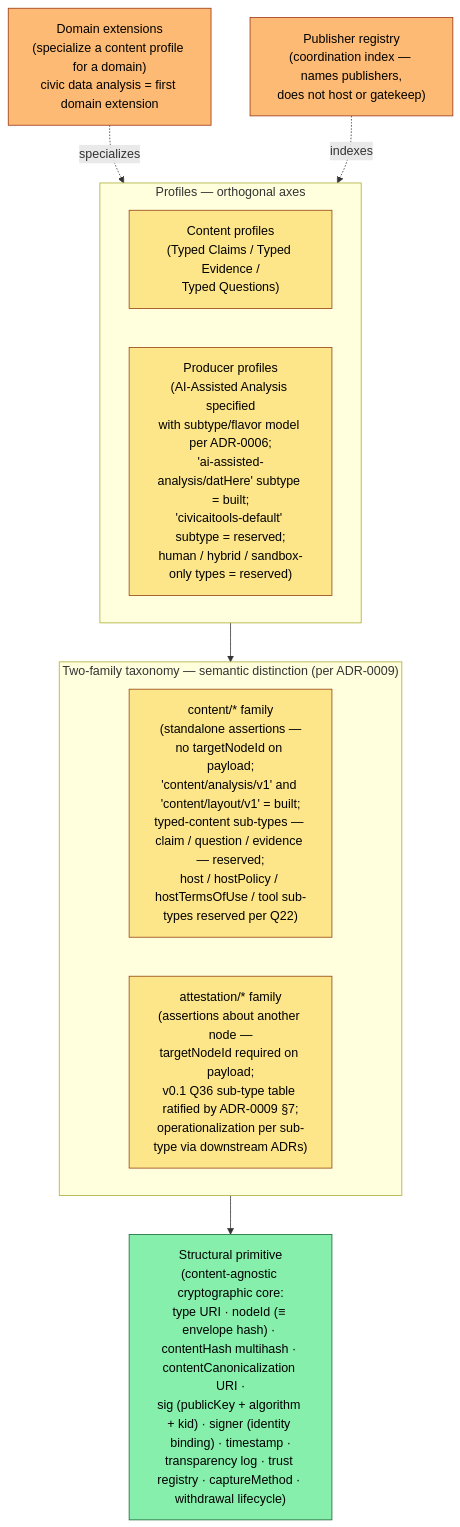
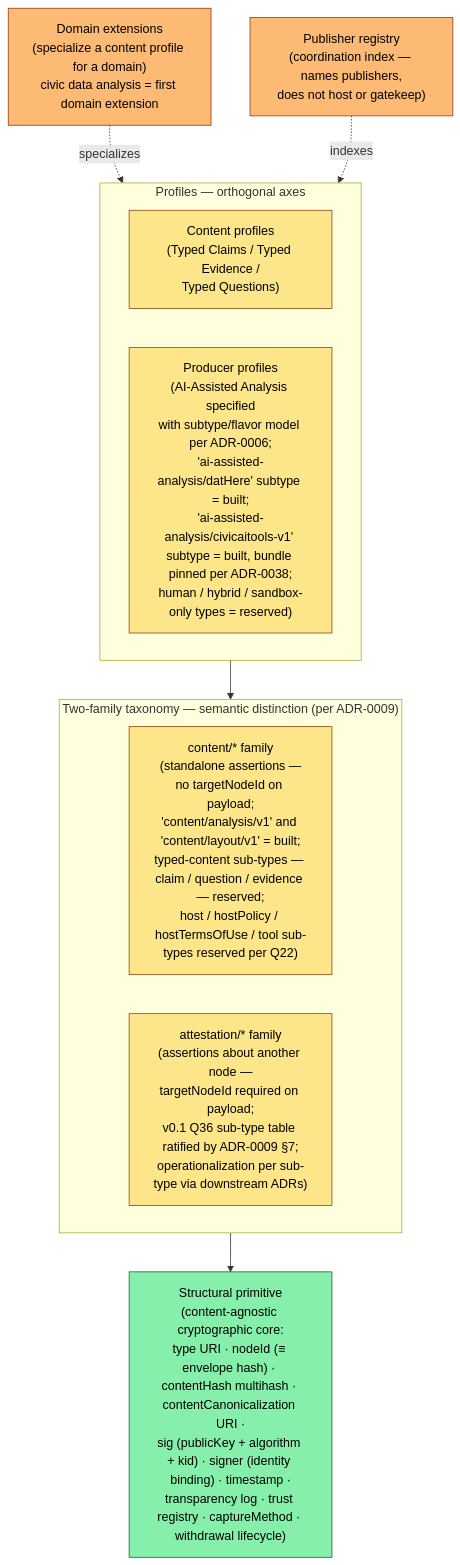
Before and after one commit to npstorey/civic-ai-tools: the first of 4 diagrams in docs/architecture/typed-standards-specification.md, drawn with Mermaid. The commit also changed other lines of this file and 1 other file, not shown here.

First line of the commit message:
Spec v0.1.13: civicaitools-v1, the invariant by row, check 17

````diff
--- a/docs/architecture/typed-standards-specification.md
+++ b/docs/architecture/typed-standards-specification.md
@@ -249,28 +249,28 @@
 ```mermaid
 flowchart TB
  REG["Publisher registry<br/>(coordination index — names publishers,<br/>does not host or gatekeep)"]:::reserved
  DX["Domain extensions<br/>(specialize a content profile for a domain)<br/>civic data analysis = first domain extension"]:::reserved
 
  subgraph PROF["Profiles — orthogonal axes"]
  direction LR
  CP["Content profiles<br/>(Typed Claims / Typed Evidence /<br/>Typed Questions)"]:::partial
- PP["Producer profiles<br/>(AI-Assisted Analysis specified<br/>with subtype/flavor model per ADR-0006;<br/>'ai-assisted-analysis/datHere' subtype = built;<br/>'civicaitools-default' subtype = reserved;<br/>human / hybrid / sandbox-only types = reserved)"]:::partial
+ PP["Producer profiles<br/>(AI-Assisted Analysis specified<br/>with subtype/flavor model per ADR-0006;<br/>'ai-assisted-analysis/datHere' subtype = built;<br/>'ai-assisted-analysis/civicaitools-v1' subtype = built, bundle pinned per ADR-0038;<br/>human / hybrid / sandbox-only types = reserved)"]:::partial
  end
 
  subgraph TYPED["Two-family taxonomy — semantic distinction (per ADR-0009)"]
  direction LR
  CONTENT["content/* family<br/>(standalone assertions —<br/>no targetNodeId on payload;<br/>'content/analysis/v1' and 'content/layout/v1' = built;<br/>typed-content sub-types — claim / question / evidence — reserved;<br/>host / hostPolicy / hostTermsOfUse / tool sub-types reserved per Q22)"]:::partial
  ATTESTATION["attestation/* family<br/>(assertions about another node —<br/>targetNodeId required on payload;<br/>v0.1 Q36 sub-type table ratified by ADR-0009 §7;<br/>operationalization per sub-type via downstream ADRs)"]:::partial
  end
 
  ENV["Structural primitive<br/>(content-agnostic cryptographic core:<br/>type URI · nodeId (≡ envelope hash) · contentHash multihash · contentCanonicalization URI ·<br/>sig (publicKey + algorithm + kid) · signer (identity binding) · timestamp ·<br/>transparency log · trust registry · captureMethod · withdrawal lifecycle)"]:::built
 
  REG -.indexes.-> PROF
  DX -.specializes.-> CP
  PROF --> TYPED
  TYPED --> ENV
 
  classDef built fill:#86efac,stroke:#166534,color:#000
  classDef partial fill:#fde68a,stroke:#92400e,color:#000
  classDef reserved fill:#fdba74,stroke:#9a3412,color:#000
 ```
````
